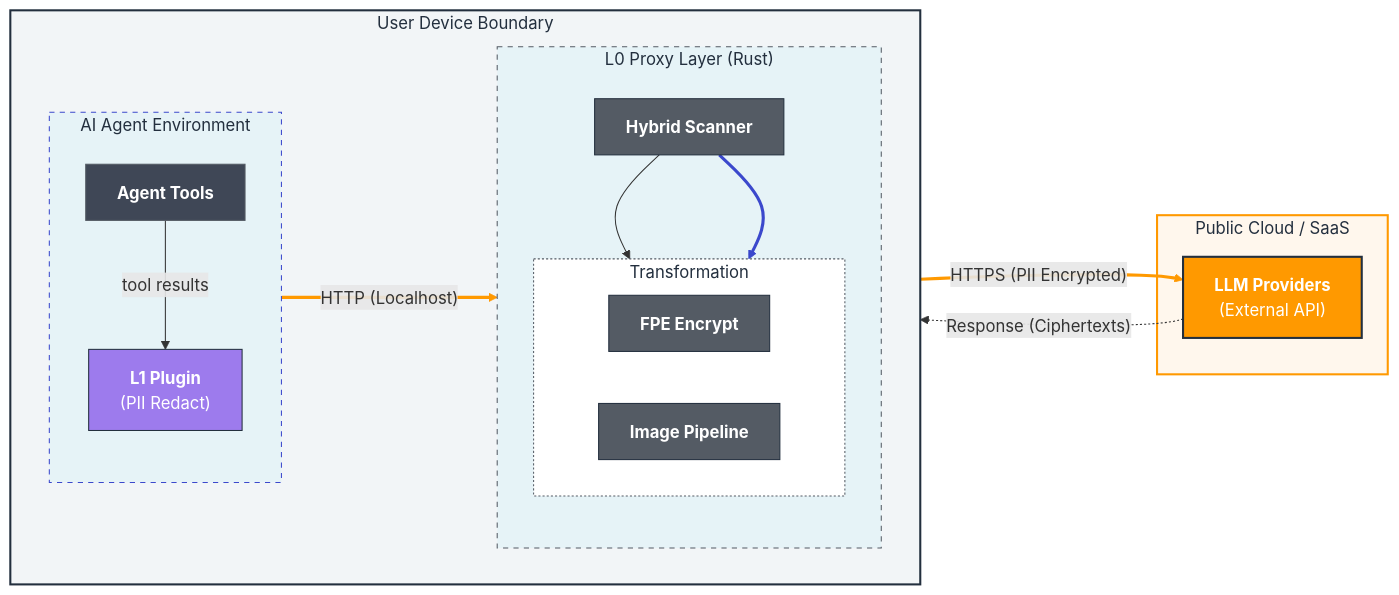
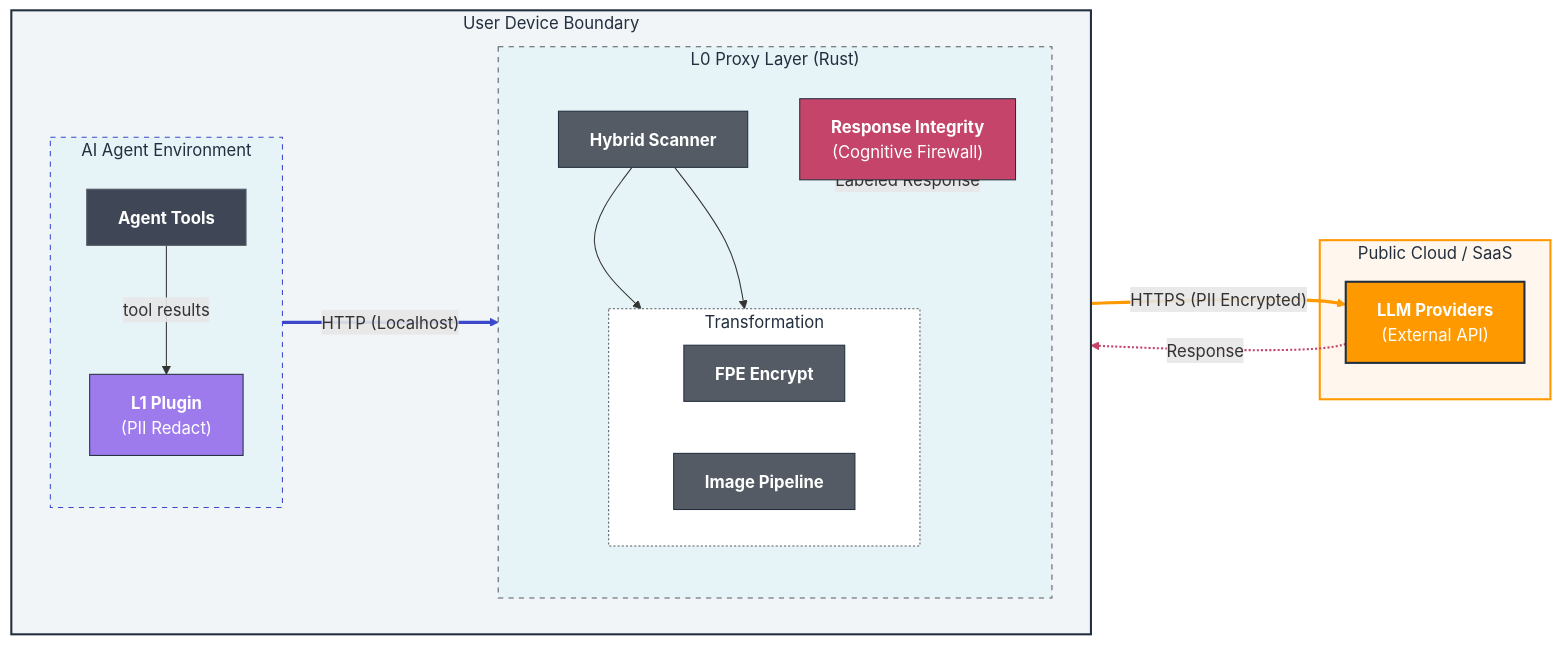
The third of 6 diagrams in README.md (OpenObscure/OpenObscure), drawn with Mermaid before and after one commit. The commit also changed other lines of this file and 18 other files, not shown here.

First line of the commit message:
Add cognitive firewall (Phase R1), fix UniFfiTag (B1), add ONNX panic recovery (B2)

````diff
--- a/README.md
+++ b/README.md
@@ -198,67 +198,71 @@
 ```mermaid
 flowchart LR
     %% Direction and Grouping
     subgraph Device [" User Device Boundary "]
         direction LR
         
         subgraph Agent [" AI Agent Environment "]
             direction TB
             tools["<b>Agent Tools</b>"]
             L1["<b>L1 Plugin</b><br/>(PII Redact)"]
             
             %% Spacing internal to Agent
             tools -- "tool results" --> L1
         end
 
         subgraph Proxy [" L0 Proxy Layer (Rust) "]
             direction TB
             scanner["<b>Hybrid Scanner</b>"]
-            
+
             subgraph Processing [" Transformation "]
                 direction LR
                 fpe["<b>FPE Encrypt</b>"]
                 img["<b>Image Pipeline</b>"]
             end
-            
+
+            ri["<b>Response Integrity</b><br/>(Cognitive Firewall)"]
+
             scanner --> fpe
             scanner --> img
         end
-        
+
         %% Connect Subgraphs
         Agent == "HTTP (Localhost)" ==> Proxy
     end
 
     subgraph External [" Public Cloud / SaaS "]
         llm["<b>LLM Providers</b><br/>(External API)"]
     end
 
     %% Network Connections
     Proxy == "HTTPS (PII Encrypted)" ==> llm
-    llm -. "Response (Ciphertexts)" .-> Proxy
+    llm -. "Response" .-> ri
+    ri -. "Labeled Response" .-> Proxy
 
     %% --- AWS STYLE STYLING ---
     
     %% Main Boundary
     style Device fill:#f2f5f7,stroke:#232F3E,stroke-width:2px,color:#232F3E
     
     %% Internal Subnets
     style Agent fill:#e6f3f7,stroke:#3b48cc,stroke-dasharray: 5 5,color:#232F3E
     style Proxy fill:#e6f3f7,stroke:#545b64,stroke-dasharray: 5 5,color:#232F3E
     style Processing fill:#ffffff,stroke:#545b64,stroke-dasharray: 2 2,color:#232F3E
 
     %% Node Styling
     style tools fill:#3F4756,stroke:#545b64,color:#fff
     style L1 fill:#9D7BED,stroke:#232F3E,color:#fff
     style scanner fill:#545b64,stroke:#232F3E,color:#fff
     style fpe fill:#545b64,stroke:#232F3E,color:#fff
     style img fill:#545b64,stroke:#232F3E,color:#fff
+    style ri fill:#c44569,stroke:#232F3E,color:#fff
 
     %% External Provider Styling
     style External fill:#fff7ed,stroke:#ff9900,stroke-width:2px,color:#232F3E
     style llm fill:#ff9900,stroke:#232F3E,stroke-width:2px,color:#fff
 
     %% Link Styling
-    linkStyle 2 stroke:#3b48cc,stroke-width:3px
-    linkStyle 3 stroke:#ff9900,stroke-width:3px
+    linkStyle 3 stroke:#3b48cc,stroke-width:3px
     linkStyle 4 stroke:#ff9900,stroke-width:3px
+    linkStyle 5,6 stroke:#c44569,stroke-width:2px
 ```
````
